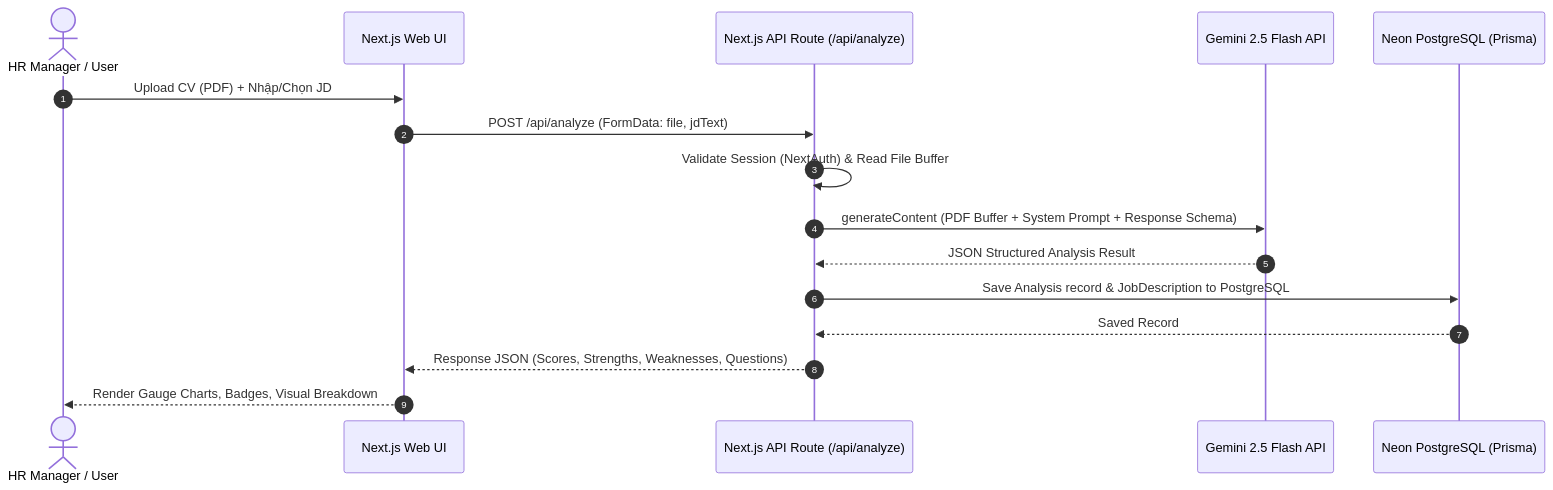
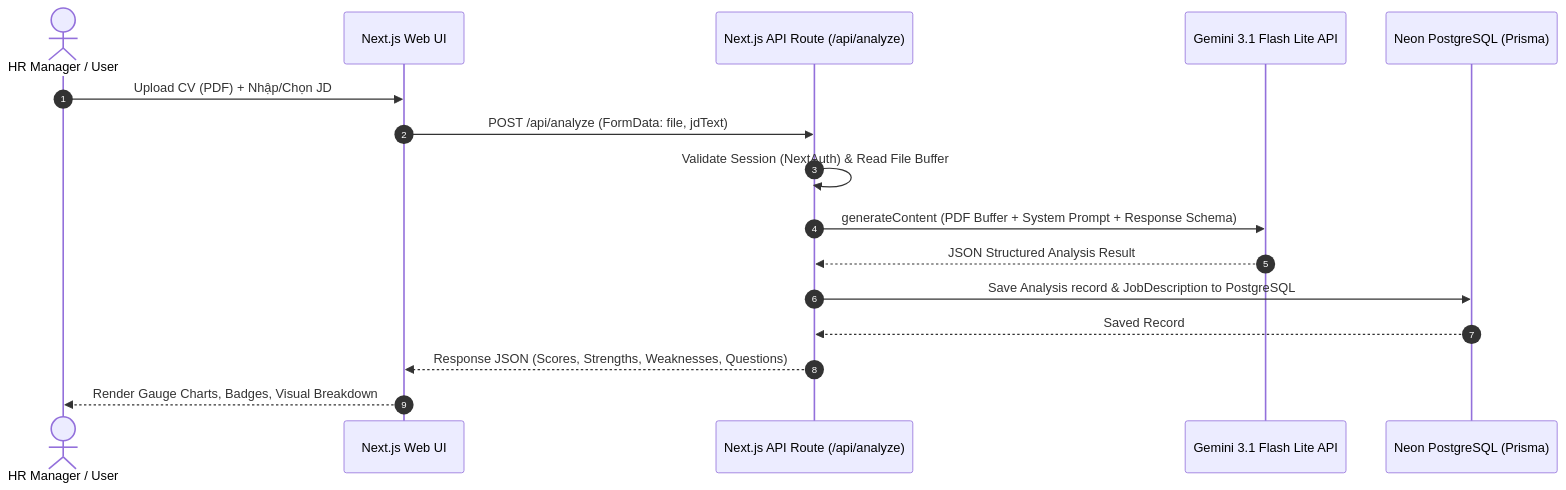
The second of 2 diagrams in docs/architecture.md (Nhthuando/HiLab-HR), drawn with Mermaid before and after one commit. The commit also changed other lines of this file and 16 other files, not shown here.

Commit message:
change model 2.5flash to 3.1 flash lite

````diff
--- a/docs/architecture.md
+++ b/docs/architecture.md
@@ -74,19 +74,19 @@
 ```mermaid
 sequenceDiagram
     autonumber
     actor HR as HR Manager / User
     participant UI as Next.js Web UI
     participant API as Next.js API Route (/api/analyze)
-    participant Gemini as Gemini 2.5 Flash API
+    participant Gemini as Gemini 3.1 Flash Lite API
     participant DB as Neon PostgreSQL (Prisma)
 
     HR->>UI: Upload CV (PDF) + Nhập/Chọn JD
     UI->>API: POST /api/analyze (FormData: file, jdText)
     API->>API: Validate Session (NextAuth) & Read File Buffer
     API->>Gemini: generateContent (PDF Buffer + System Prompt + Response Schema)
     Gemini-->>API: JSON Structured Analysis Result
     API->>DB: Save Analysis record & JobDescription to PostgreSQL
     DB-->>API: Saved Record
     API-->>UI: Response JSON (Scores, Strengths, Weaknesses, Questions)
     UI-->>HR: Render Gauge Charts, Badges, Visual Breakdown
 ```
````
